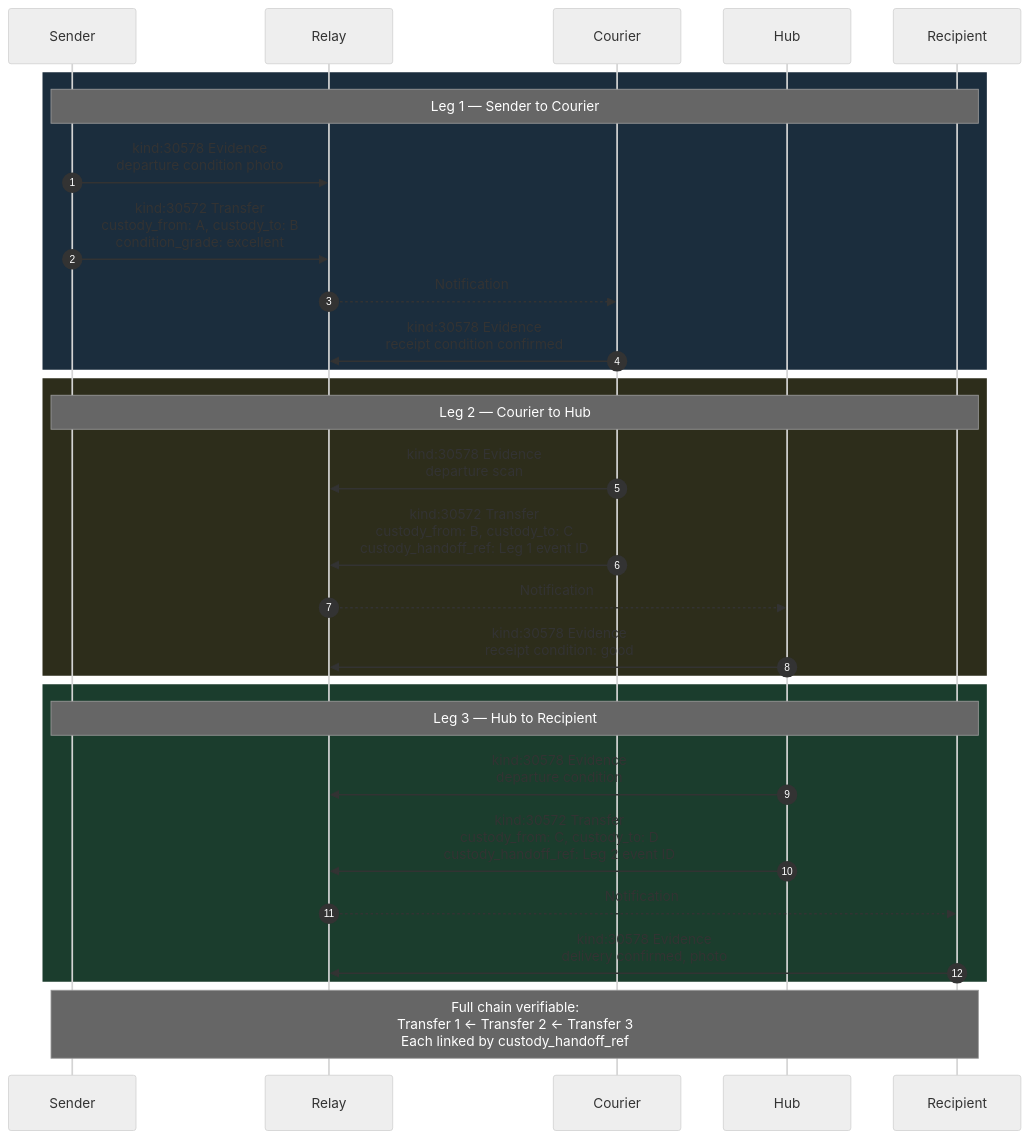
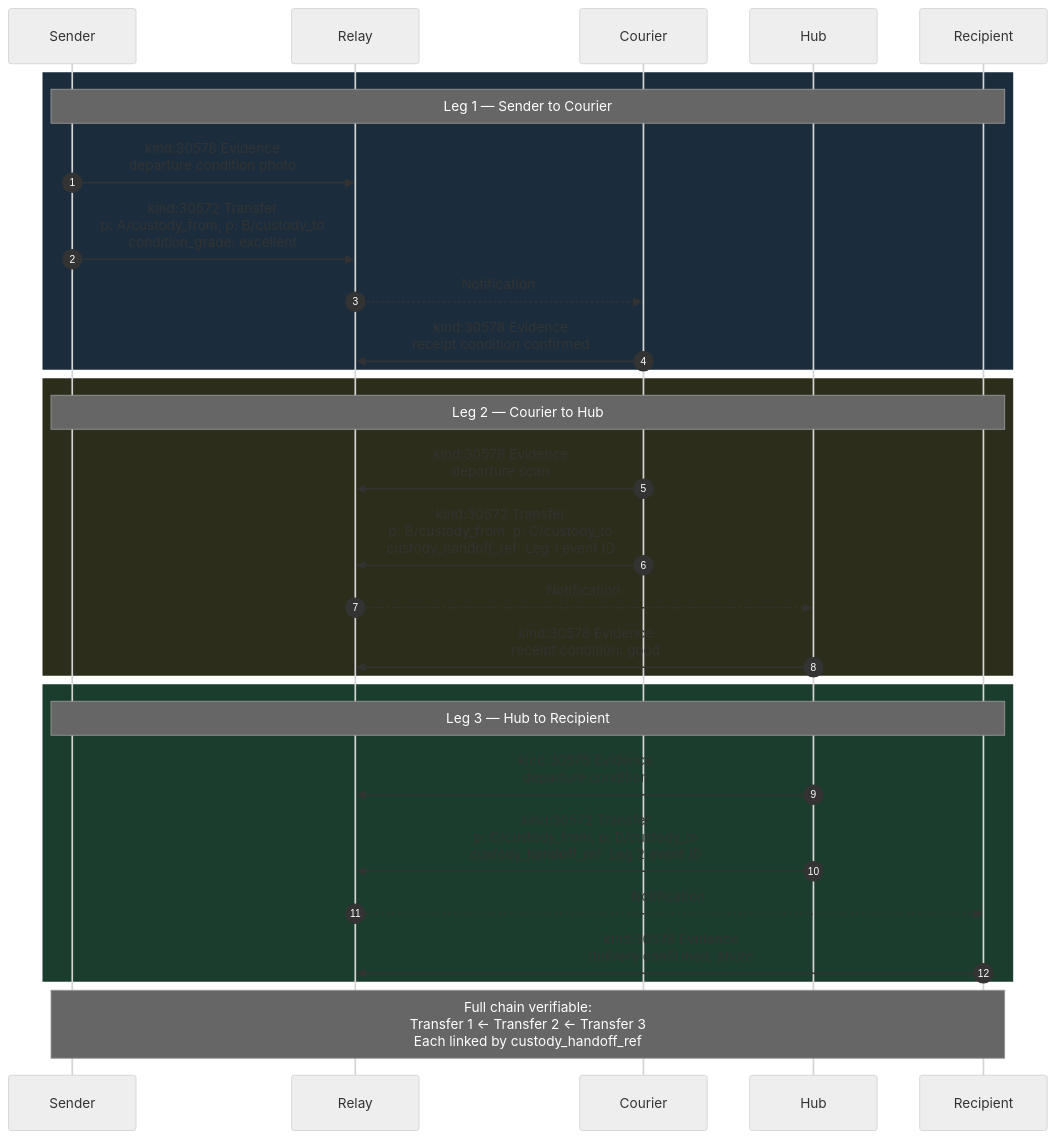
The diagram in NIP-CUSTODY.md (forgesworn/nip-drafts), drawn with Mermaid (neutral theme) before and after one commit. The commit also changed other lines of this file and 2 other files, not shown here.

First line of the commit message:
fix: address NIP review issues in CREDENTIALS, CUSTODY, EVIDENCE

````diff
--- a/NIP-CUSTODY.md
+++ b/NIP-CUSTODY.md
@@ -203,35 +206,35 @@
 ```mermaid
 sequenceDiagram
     autonumber
     participant A as Sender
     participant R as Relay
     participant B as Courier
     participant C as Hub
     participant D as Recipient
 
     rect rgb(27, 45, 61)
         Note over A,D: Leg 1 — Sender to Courier
         A->>R: kind:30578 Evidence<br/>departure condition photo
-        A->>R: kind:30572 Transfer<br/>custody_from: A, custody_to: B<br/>condition_grade: excellent
+        A->>R: kind:30572 Transfer<br/>p: A/custody_from, p: B/custody_to<br/>condition_grade: excellent
         R-->>B: Notification
         B->>R: kind:30578 Evidence<br/>receipt condition confirmed
     end
 
     rect rgb(45, 45, 27)
         Note over A,D: Leg 2 — Courier to Hub
         B->>R: kind:30578 Evidence<br/>departure scan
-        B->>R: kind:30572 Transfer<br/>custody_from: B, custody_to: C<br/>custody_handoff_ref: Leg 1 event ID
+        B->>R: kind:30572 Transfer<br/>p: B/custody_from, p: C/custody_to<br/>custody_handoff_ref: Leg 1 event ID
         R-->>C: Notification
         C->>R: kind:30578 Evidence<br/>receipt condition: good
     end
 
     rect rgb(27, 61, 45)
         Note over A,D: Leg 3 — Hub to Recipient
         C->>R: kind:30578 Evidence<br/>departure condition
-        C->>R: kind:30572 Transfer<br/>custody_from: C, custody_to: D<br/>custody_handoff_ref: Leg 2 event ID
+        C->>R: kind:30572 Transfer<br/>p: C/custody_from, p: D/custody_to<br/>custody_handoff_ref: Leg 2 event ID
         R-->>D: Notification
         D->>R: kind:30578 Evidence<br/>delivery confirmed, photo
     end
 
     Note over A,D: Full chain verifiable:<br/>Transfer 1 ← Transfer 2 ← Transfer 3<br/>Each linked by custody_handoff_ref
 ```
````
